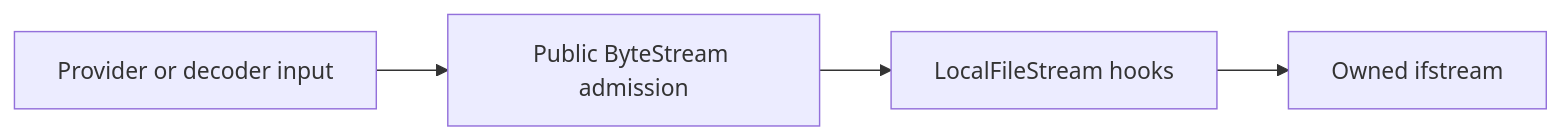
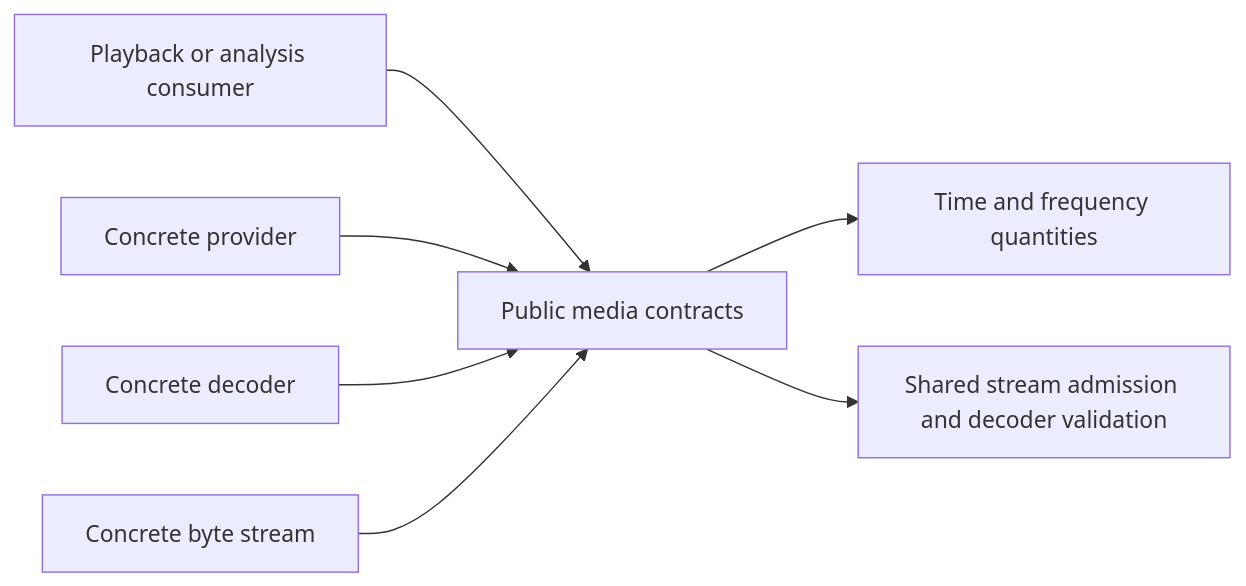
One commit to Vokerlee/wiola-player changed the diagram in src/media/README.md. Above: the diagram before and after it, drawn with Mermaid. The commit also changed other lines of this file and 179 other files, not shown here.

Commit message:
media: keep contracts, codecs and file access under one owner

````diff
--- a/src/media/README.md
+++ b/src/media/README.md
@@ -5,6 +5,9 @@
 ```mermaid
 flowchart LR
-    Consumer[Provider or decoder input] --> Port[Public ByteStream admission]
-    Port --> File[LocalFileStream hooks]
-    File --> Handle[Owned ifstream]
+    Consumer[Playback or analysis consumer] --> Media[Public media contracts]
+    Provider[Concrete provider] --> Media
+    Decoder[Concrete decoder] --> Media
+    Stream[Concrete byte stream] --> Media
+    Media --> Quantities[Time and frequency quantities]
+    Media --> Validation[Shared stream admission and decoder validation]
 ```
````
